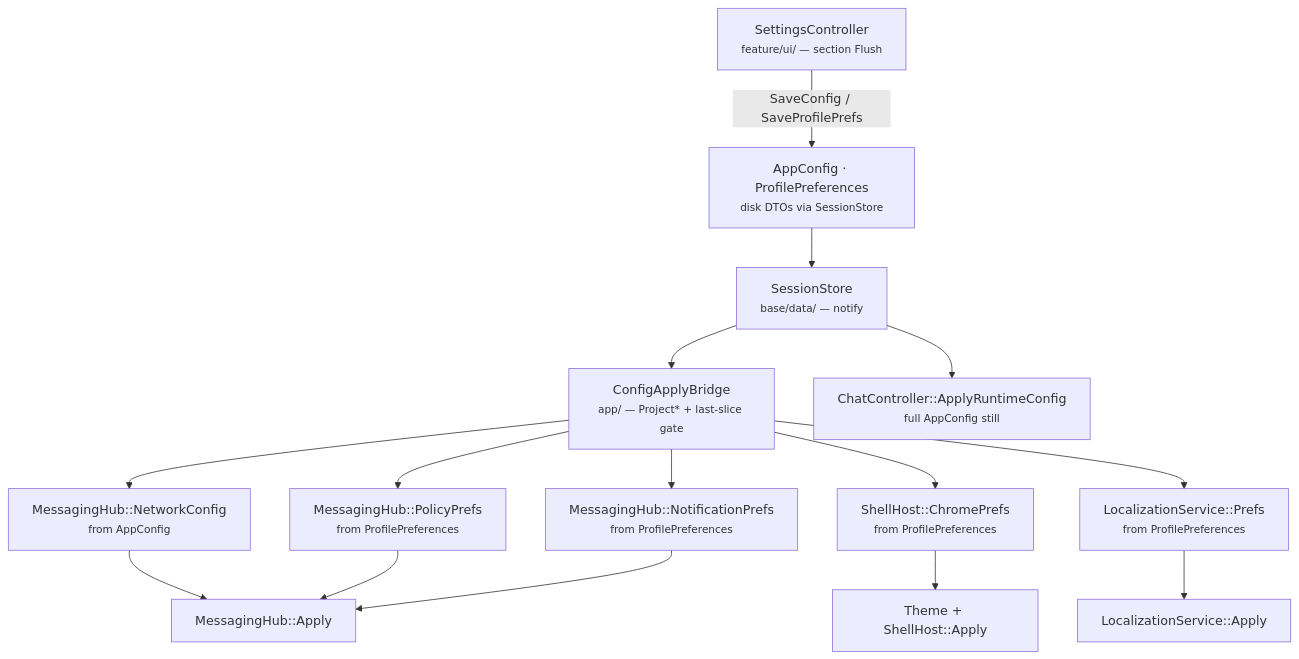
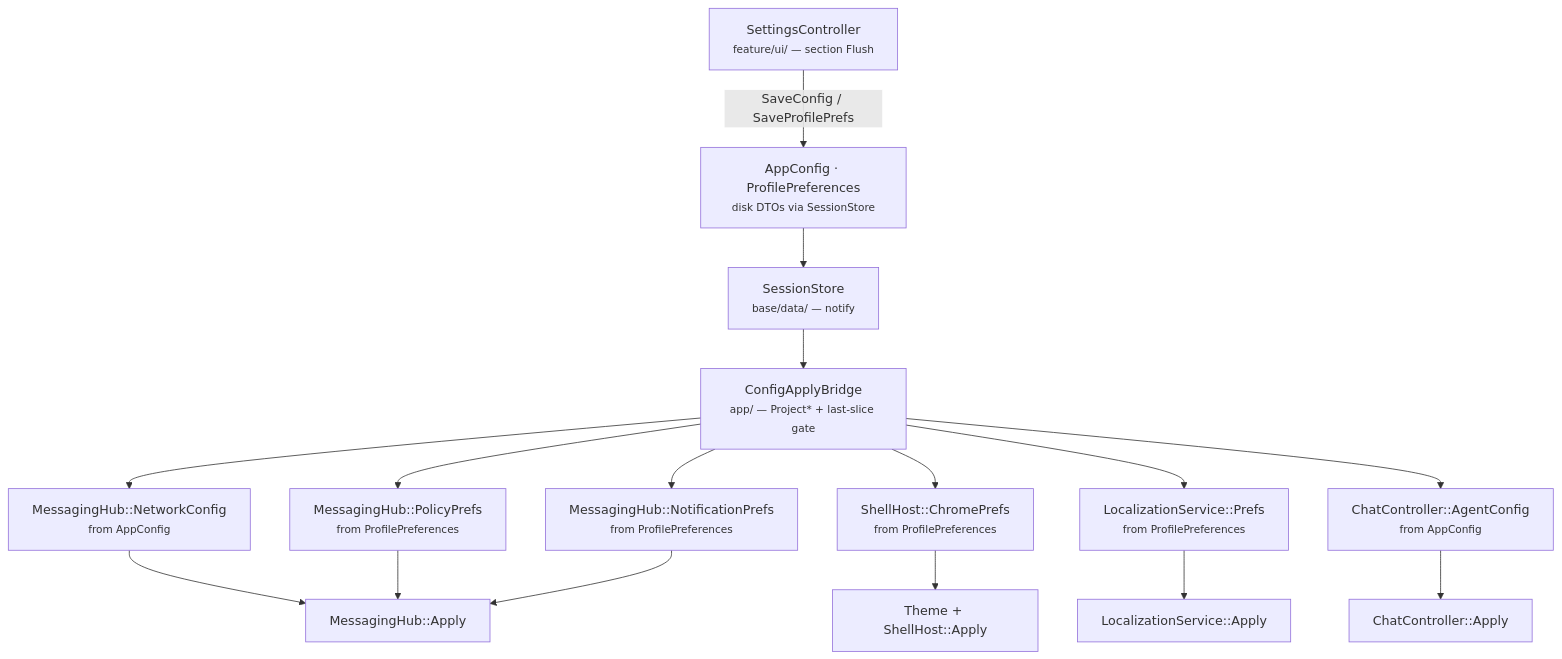
Before and after one commit to people-post/pp-browser: the third of 4 diagrams in docs/architecture/RUNTIME_COMPOSITION.md, drawn with Mermaid. The commit also changed other lines of this file and 18 other files, not shown here.

````diff
--- a/docs/architecture/RUNTIME_COMPOSITION.md
+++ b/docs/architecture/RUNTIME_COMPOSITION.md
@@ -132,24 +132,25 @@
 ```mermaid
 flowchart TB
   UI["SettingsController<br/><small>feature/ui/ — section Flush</small>"]
   Disk["AppConfig · ProfilePreferences<br/><small>disk DTOs via SessionStore</small>"]
   Store["SessionStore<br/><small>base/data/ — notify</small>"]
   Bridge["ConfigApplyBridge<br/><small>app/ — Project* + last-slice gate</small>"]
 
   UI -->|SaveConfig / SaveProfilePrefs| Disk
   Disk --> Store
   Store --> Bridge
 
   Bridge --> N["MessagingHub::NetworkConfig<br/><small>from AppConfig</small>"]
   Bridge --> P["MessagingHub::PolicyPrefs<br/><small>from ProfilePreferences</small>"]
   Bridge --> Push["MessagingHub::NotificationPrefs<br/><small>from ProfilePreferences</small>"]
   Bridge --> C["ShellHost::ChromePrefs<br/><small>from ProfilePreferences</small>"]
   Bridge --> L["LocalizationService::Prefs<br/><small>from ProfilePreferences</small>"]
-  Store --> AgentCfg["ChatController::ApplyRuntimeConfig<br/><small>full AppConfig still</small>"]
+  Bridge --> A["ChatController::AgentConfig<br/><small>from AppConfig</small>"]
 
   N --> HubA["MessagingHub::Apply"]
   P --> HubA
   Push --> HubA
   C --> ShellA["Theme + ShellHost::Apply"]
   L --> LocA["LocalizationService::Apply"]
+  A --> ChatA["ChatController::Apply"]
 ```
````
